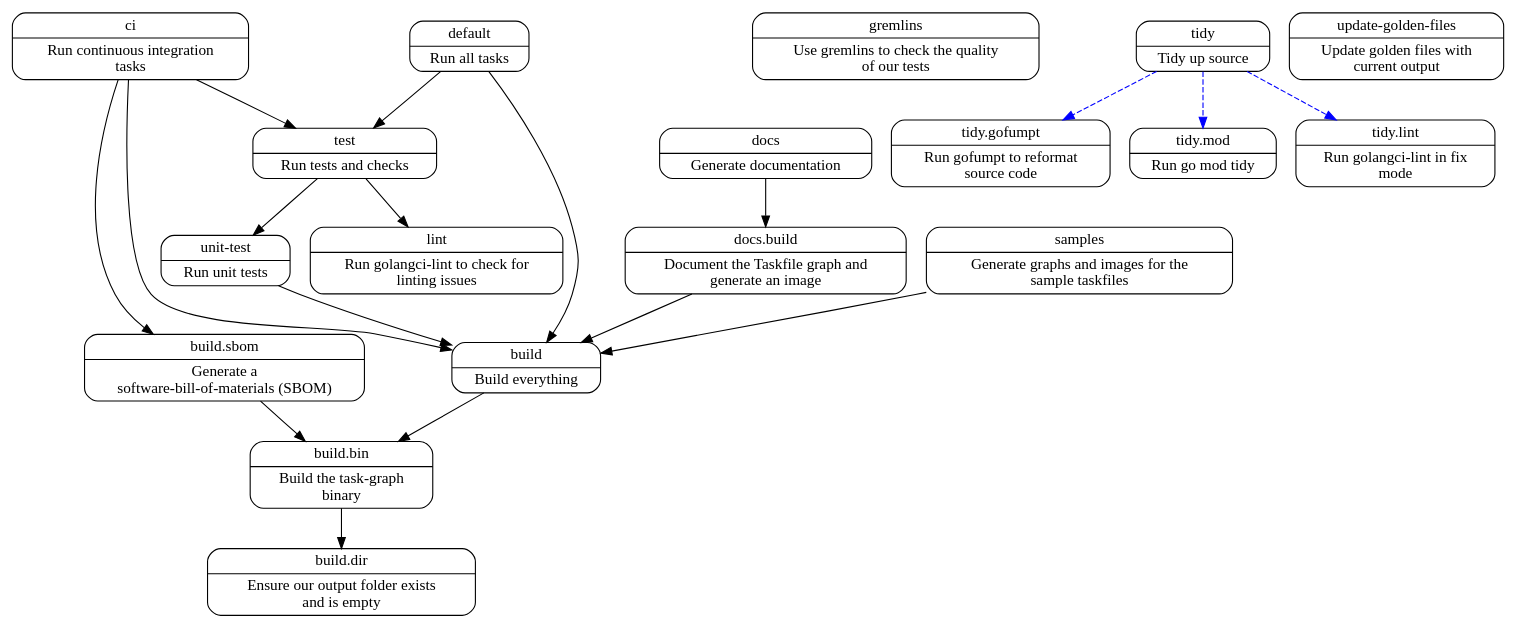
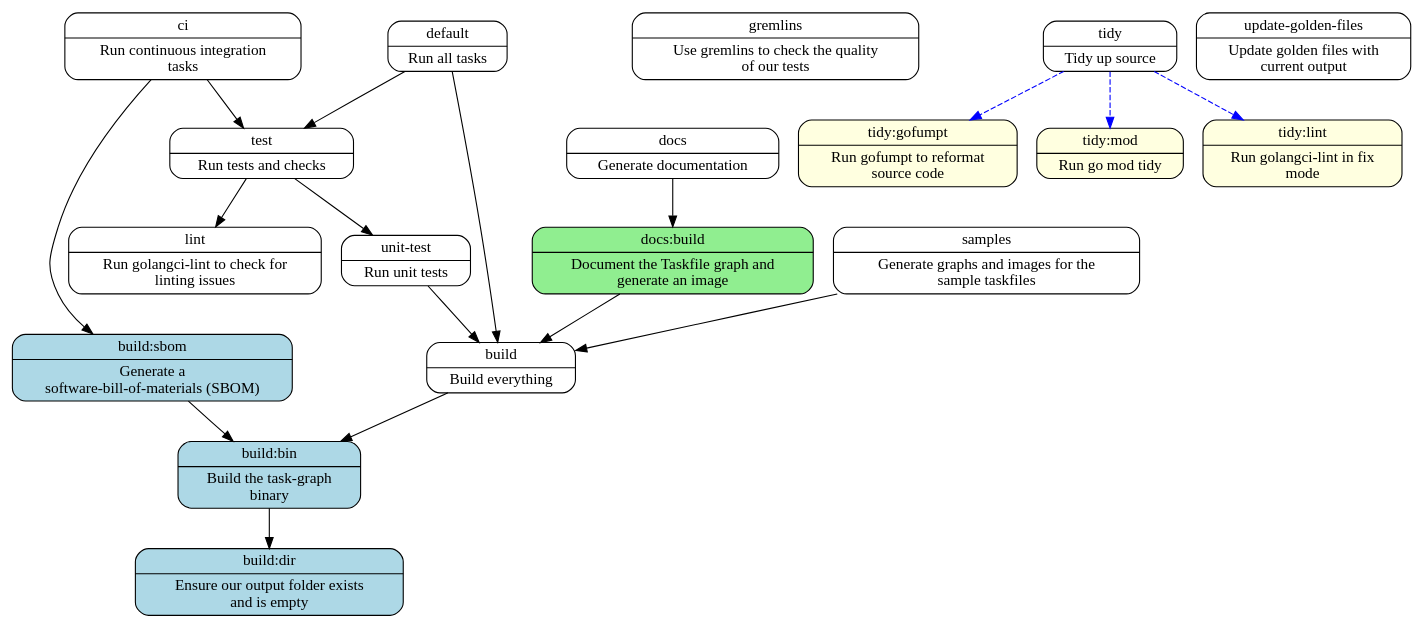
Before and after one commit to theunrepentantgeek/task-graph: the diagram in docs/taskfile.dot, drawn with Graphviz. The commit also changed 6 other files, not shown here.

```diff
--- a/docs/taskfile.dot
+++ b/docs/taskfile.dot
@@ -4,35 +4,41 @@
     label="{build | Build everything}"
     shape="Mrecord"
   ]
-  "build" -> "build.bin" [
+  "build" -> "build_bin" [
     color="black"
     penwidth="1"
     style="solid"
   ]
   
-  "build.bin" [
+  "build_bin" [
     color="black"
-    label="{build.bin | Build the task-graph \nbinary}"
+    fillcolor="lightblue"
+    label="{build:bin | Build the task-graph \nbinary}"
     shape="Mrecord"
+    style="filled"
   ]
-  "build.bin" -> "build.dir" [
+  "build_bin" -> "build_dir" [
     color="black"
     penwidth="1"
     style="solid"
   ]
   
-  "build.dir" [
+  "build_dir" [
     color="black"
-    label="{build.dir | Ensure our output folder exists \nand is empty}"
+    fillcolor="lightblue"
+    label="{build:dir | Ensure our output folder exists \nand is empty}"
     shape="Mrecord"
+    style="filled"
   ]
   
-  "build.sbom" [
+  "build_sbom" [
     color="black"
-    label="{build.sbom | Generate a \nsoftware-bill-of-materials (SBOM)}"
+    fillcolor="lightblue"
+    label="{build:sbom | Generate a \nsoftware-bill-of-materials (SBOM)}"
     shape="Mrecord"
+    style="filled"
   ]
-  "build.sbom" -> "build.bin" [
+  "build_sbom" -> "build_bin" [
     color="black"
     penwidth="1"
     style="solid"
@@ -43,17 +49,12 @@
     label="{ci | Run continuous integration \ntasks}"
     shape="Mrecord"
   ]
-  "ci" -> "build" [
-    color="black"
-    penwidth="1"
-    style="solid"
-  ]
   "ci" -> "test" [
     color="black"
     penwidth="1"
     style="solid"
   ]
-  "ci" -> "build.sbom" [
+  "ci" -> "build_sbom" [
     color="black"
     penwidth="1"
     style="solid"
@@ -80,18 +81,20 @@
     label="{docs | Generate documentation}"
     shape="Mrecord"
   ]
-  "docs" -> "docs.build" [
+  "docs" -> "docs_build" [
     color="black"
     penwidth="1"
     style="solid"
   ]
   
-  "docs.build" [
+  "docs_build" [
     color="black"
-    label="{docs.build | Document the Taskfile graph and \ngenerate an image}"
+    fillcolor="lightgreen"
+    label="{docs:build | Document the Taskfile graph and \ngenerate an image}"
     shape="Mrecord"
+    style="filled"
   ]
-  "docs.build" -> "build" [
+  "docs_build" -> "build" [
     color="black"
     penwidth="1"
     style="solid"
@@ -141,38 +144,44 @@
     label="{tidy | Tidy up source}"
     shape="Mrecord"
   ]
-  "tidy" -> "tidy.gofumpt" [
+  "tidy" -> "tidy_gofumpt" [
     color="blue"
     penwidth="1"
     style="dashed"
   ]
-  "tidy" -> "tidy.mod" [
+  "tidy" -> "tidy_mod" [
     color="blue"
     penwidth="1"
     style="dashed"
   ]
-  "tidy" -> "tidy.lint" [
+  "tidy" -> "tidy_lint" [
     color="blue"
     penwidth="1"
     style="dashed"
   ]
   
-  "tidy.gofumpt" [
+  "tidy_gofumpt" [
     color="black"
-    label="{tidy.gofumpt | Run gofumpt to reformat \nsource code}"
+    fillcolor="lightyellow"
+    label="{tidy:gofumpt | Run gofumpt to reformat \nsource code}"
     shape="Mrecord"
+    style="filled"
   ]
   
-  "tidy.lint" [
+  "tidy_lint" [
     color="black"
-    label="{tidy.lint | Run golangci-lint in fix \nmode}"
+    fillcolor="lightyellow"
+    label="{tidy:lint | Run golangci-lint in fix \nmode}"
     shape="Mrecord"
+    style="filled"
   ]
   
-  "tidy.mod" [
+  "tidy_mod" [
     color="black"
-    label="{tidy.mod | Run go mod tidy}"
+    fillcolor="lightyellow"
+    label="{tidy:mod | Run go mod tidy}"
     shape="Mrecord"
+    style="filled"
   ]
   
   "unit-test" [
@@ -191,4 +200,5 @@
     label="{update-golden-files | Update golden files with \ncurrent output}"
     shape="Mrecord"
   ]
+  
 }
```
